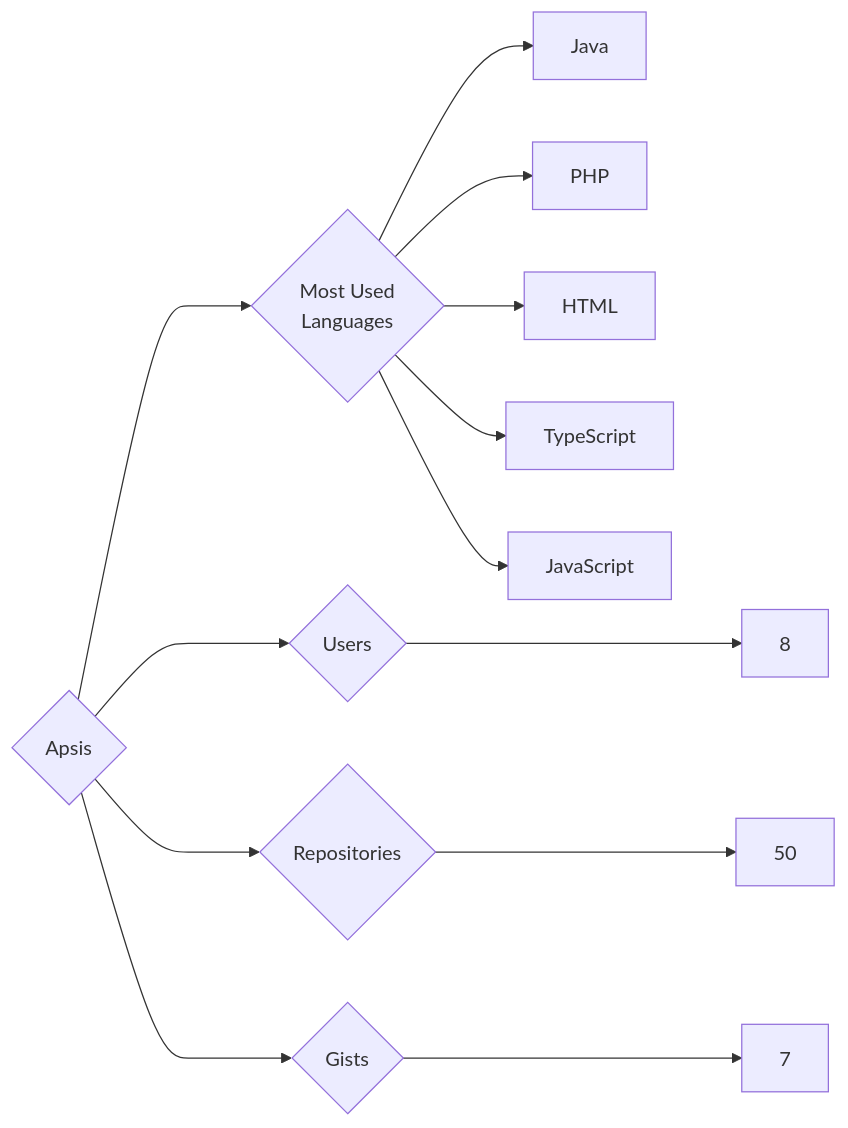
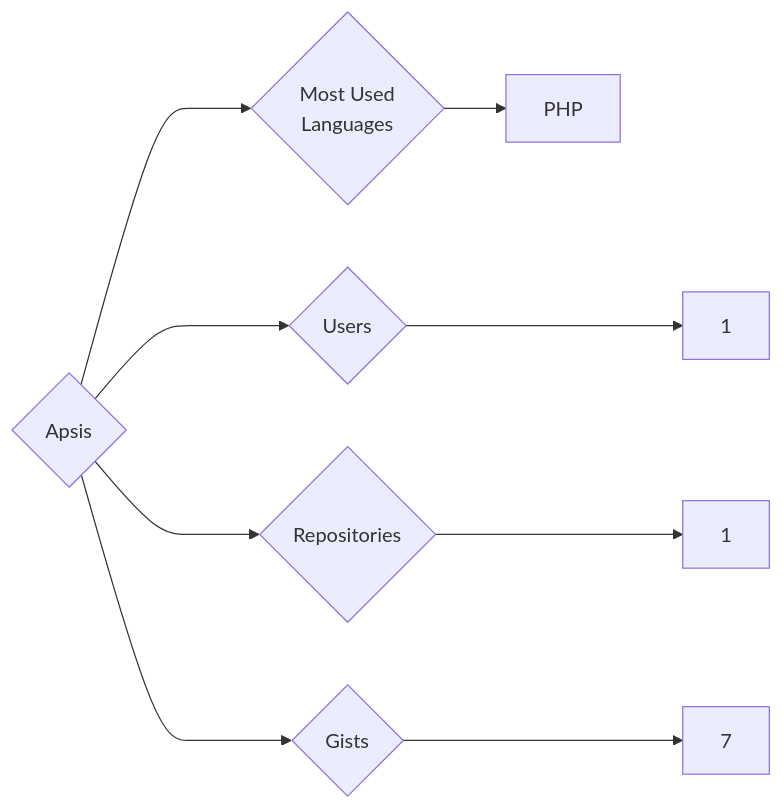
Before and after one commit to trickest/insiders: the diagram in targets/Apsis/README.md, drawn with Mermaid. The commit also changed 882 other files, not shown here.

````diff
--- a/targets/Apsis/README.md
+++ b/targets/Apsis/README.md
@@ -3,13 +3,9 @@
 ```mermaid
 graph LR
 COMPANY_NAME{Apsis}
-COMPANY_NAME ---> U{Users} ---> UN[8]
-COMPANY_NAME ---> R{Repositories} ---> RN[50]
+COMPANY_NAME ---> U{Users} ---> UN[1]
+COMPANY_NAME ---> R{Repositories} ---> RN[1]
 COMPANY_NAME ---> G{Gists} ---> GN[7]
 COMPANY_NAME ---> ML{Most Used<br>Languages}
-ML --> Java[Java]
 ML --> PHP[PHP]
-ML --> HTML[HTML]
-ML --> TypeScript[TypeScript]
-ML --> JavaScript[JavaScript]
 ```
````
